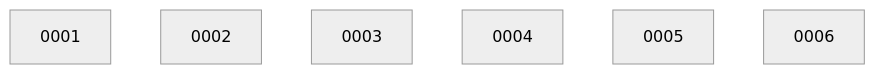
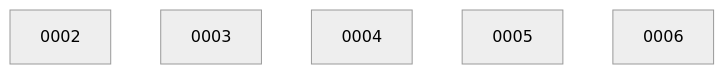
Before and after one commit to ethanhinson/workbench: the diagram in docs/changes/BOARD.md, drawn with Mermaid (neutral theme). The commit also changed other lines of this file, not shown here.

````diff
--- a/docs/changes/BOARD.md
+++ b/docs/changes/BOARD.md
@@ -21,9 +15,8 @@
 ```mermaid
 graph TD
-  0001
   0002
   0003
   0004
   0005
   0006
 ```
````
